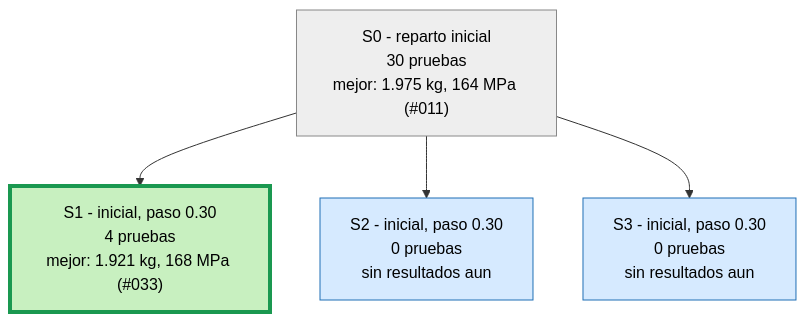
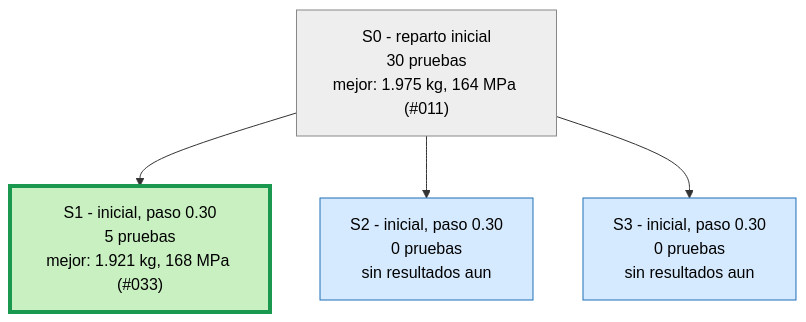
The first of 4 diagrams in runs/opt_37800N/ARBOL.md (Hugiko/msd-soporte-optimizacion), drawn with Mermaid before and after one commit. The commit also changed 20 other files, not shown here.

````diff
--- a/runs/opt_37800N/ARBOL.md
+++ b/runs/opt_37800N/ARBOL.md
@@ -9,13 +9,13 @@
 ```mermaid
 graph TD
 classDef activa fill:#d6eaff,stroke:#1f6fb5,color:#000
 classDef fin fill:#eeeeee,stroke:#888,color:#000
 classDef mejor fill:#c8f0c0,stroke:#1a9850,stroke-width:4px,color:#000
 S0["S0 - reparto inicial<br/>30 pruebas<br/>mejor: 1.975 kg, 164 MPa (#011)"]:::fin
-S1["S1 - inicial, paso 0.30<br/>4 pruebas<br/>mejor: 1.921 kg, 168 MPa (#033)"]:::mejor
+S1["S1 - inicial, paso 0.30<br/>5 pruebas<br/>mejor: 1.921 kg, 168 MPa (#033)"]:::mejor
 S0 --> S1
 S2["S2 - inicial, paso 0.30<br/>0 pruebas<br/>sin resultados aun"]:::activa
 S0 --> S2
 S3["S3 - inicial, paso 0.30<br/>0 pruebas<br/>sin resultados aun"]:::activa
 S0 --> S3
 ```
````
